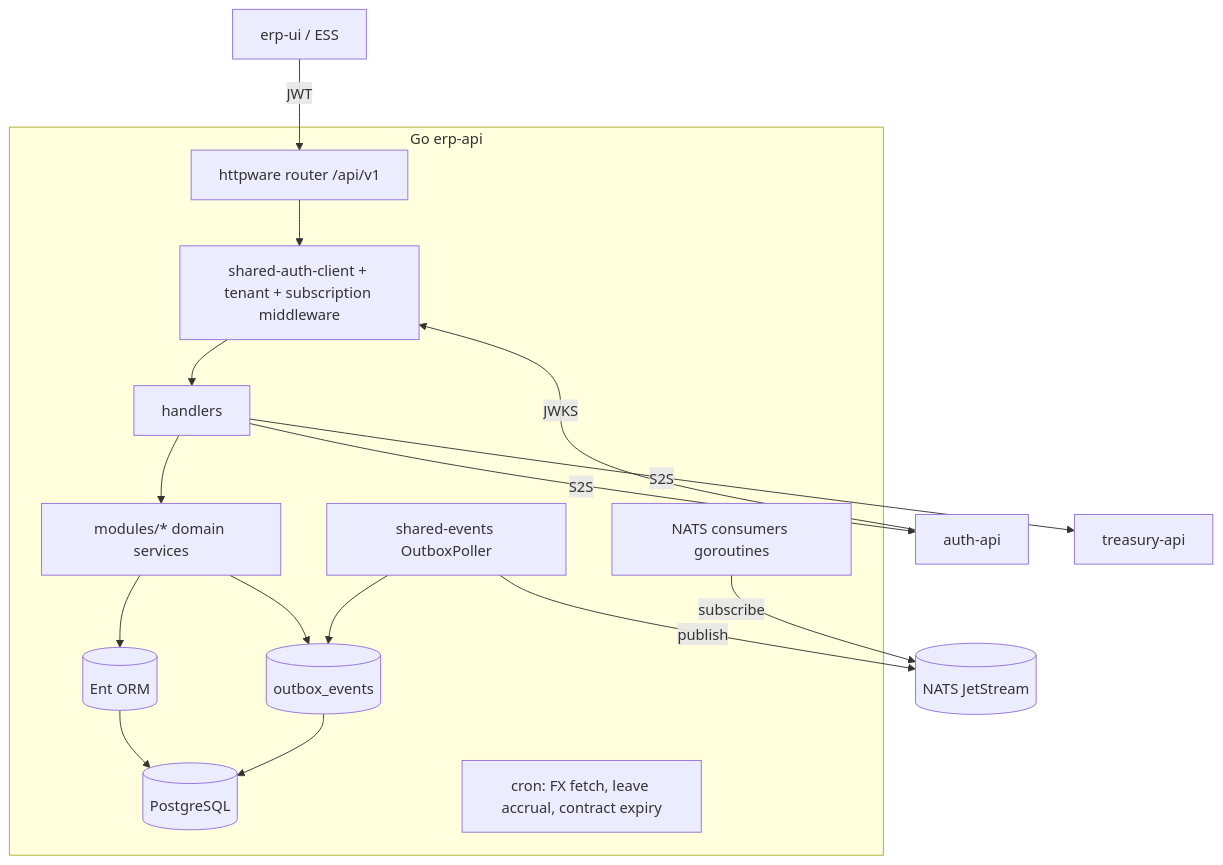
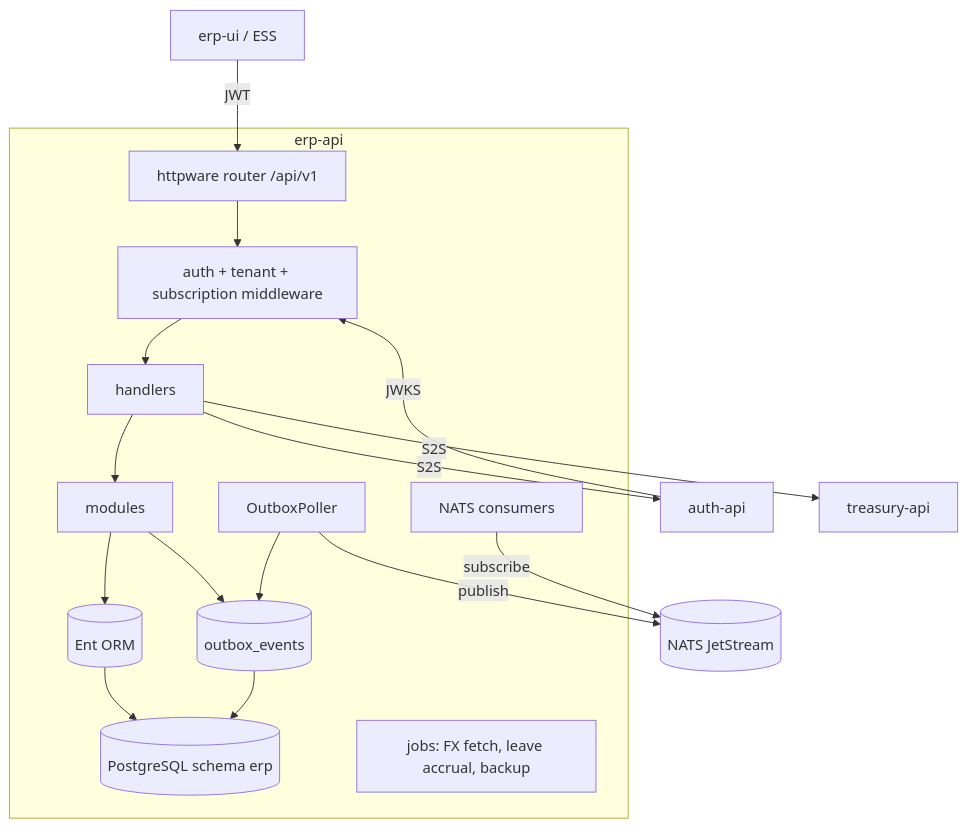
The diagram in docs/architecture.md (Bengo-Hub/erp-api), drawn with Mermaid before and after one commit. The commit also changed other lines of this file and 97 other files, not shown here.

````diff
--- a/docs/architecture.md
+++ b/docs/architecture.md
@@ -335,21 +123,21 @@
 ```mermaid
 flowchart TB
   Client[erp-ui / ESS] -->|JWT| R[httpware router /api/v1]
-  subgraph erp-api-go[Go erp-api]
-    R --> MW[shared-auth-client + tenant + subscription middleware]
+  subgraph erp-api
+    R --> MW[auth + tenant + subscription middleware]
     MW --> H[handlers]
-    H --> M[modules/* domain services]
+    H --> M[modules]
     M --> ENT[(Ent ORM)]
     M --> OB[(outbox_events)]
-    ENT --> PG[(PostgreSQL)]
+    ENT --> PG[(PostgreSQL schema erp)]
     OB --> PG
-    OP[shared-events OutboxPoller] --> OB
-    CN[NATS consumers goroutines]
-    CR[cron: FX fetch, leave accrual, contract expiry]
+    OP[OutboxPoller] --> OB
+    CN[NATS consumers]
+    CR[jobs: FX fetch, leave accrual, backup]
   end
   OP -->|publish| NATS[(NATS JetStream)]
   CN -->|subscribe| NATS
   H -->|S2S| AUTH[auth-api]
   H -->|S2S| TREAS[treasury-api]
   AUTH -->|JWKS| MW
 ```
````
